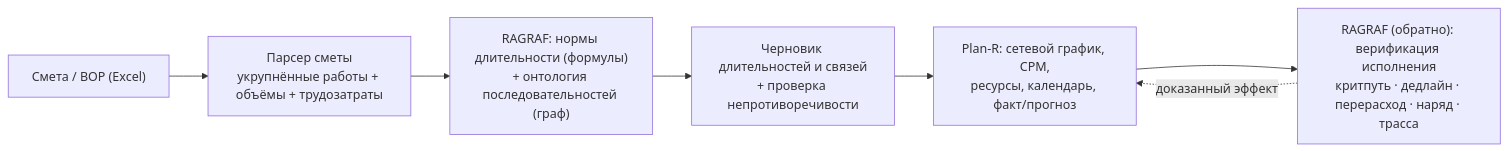
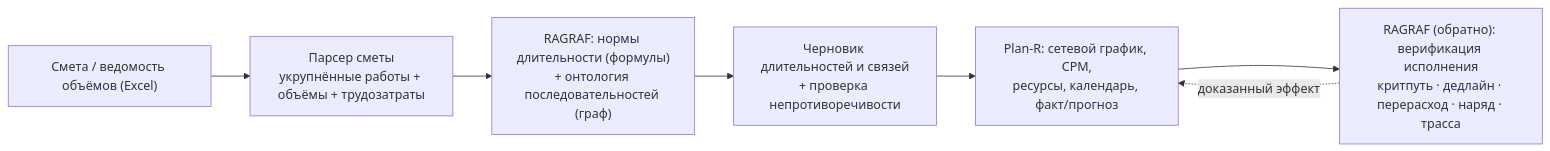
Before and after one commit to Barbashin1970/DOCS: the diagram in PLANR/REQ-PLANR-ESTIMATE-SCHEDULE.md, drawn with Mermaid. The commit also changed other lines of this file and 1 other file, not shown here.

Commit message:
смета 2

````diff
--- a/PLANR/REQ-PLANR-ESTIMATE-SCHEDULE.md
+++ b/PLANR/REQ-PLANR-ESTIMATE-SCHEDULE.md
@@ -80,9 +80,9 @@
 ```mermaid
 flowchart LR
-    E["Смета / ВОР (Excel)"] --> P["Парсер сметы<br/>укрупнённые работы + объёмы + трудозатраты"]
+    E["Смета / ведомость объёмов (Excel)"] --> P["Парсер сметы<br/>укрупнённые работы + объёмы + трудозатраты"]
     P --> R1["RAGRAF: нормы длительности (формулы)<br/>+ онтология последовательностей (граф)"]
     R1 --> R2["Черновик длительностей и связей<br/>+ проверка непротиворечивости"]
     R2 --> PL["Plan-R: сетевой график, CPM,<br/>ресурсы, календарь, факт/прогноз"]
     PL --> R3["RAGRAF (обратно): верификация исполнения<br/>критпуть · дедлайн · перерасход · наряд · трасса"]
     R3 -.->|доказанный эффект| PL
 ```
````
